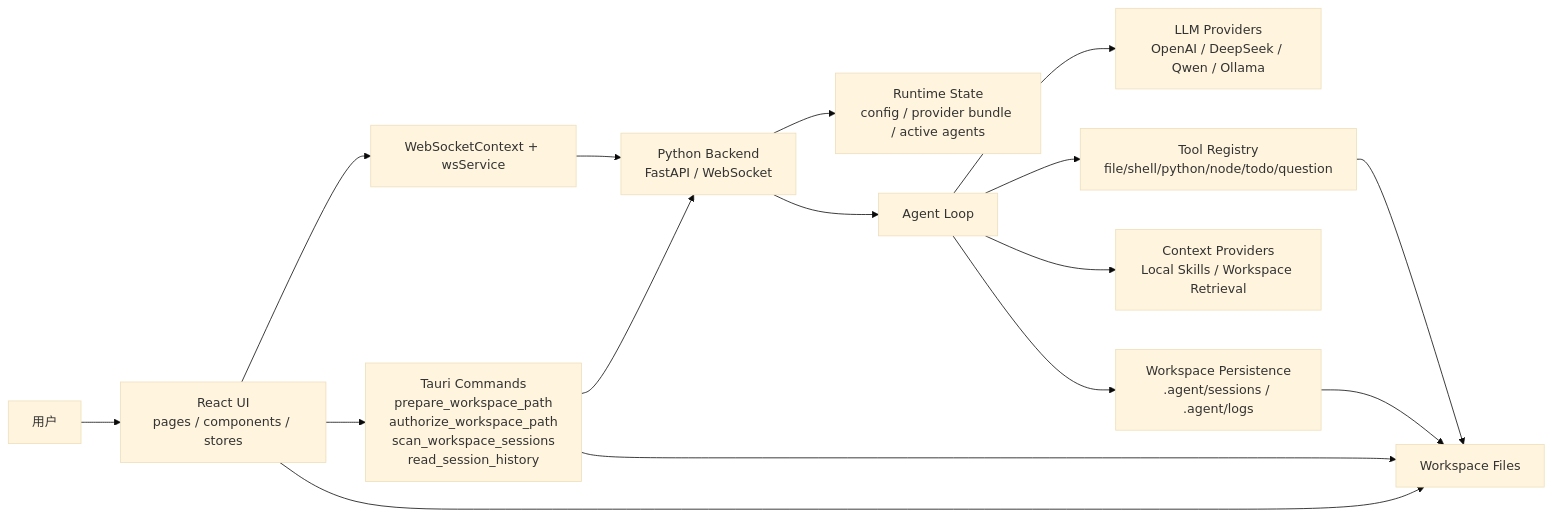
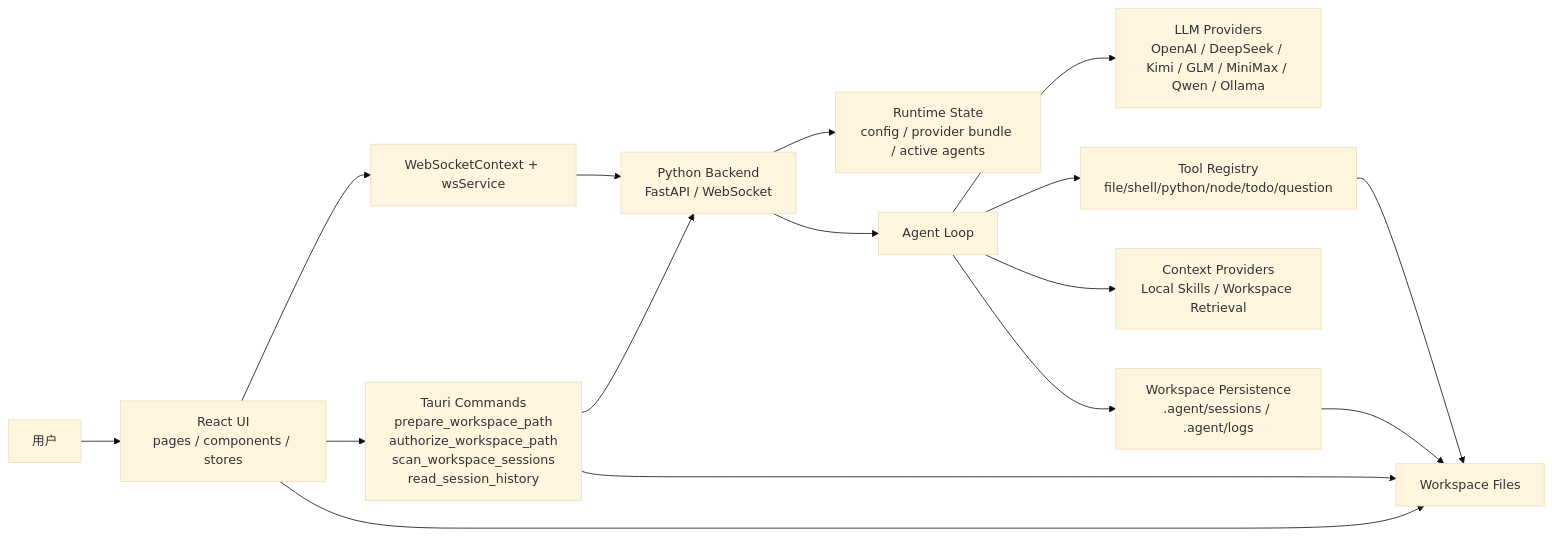
The first of 5 diagrams in architecture.md (ChqJourney/simple_agent), drawn with Mermaid (base theme) before and after one commit. The commit also changed other lines of this file and 64 other files, not shown here.

````diff
--- a/architecture.md
+++ b/architecture.md
@@ -22,20 +22,20 @@
 ```mermaid
 flowchart LR
     User["用户"] --> UI["React UI<br/>pages / components / stores"]
     UI --> WS["WebSocketContext + wsService"]
     UI --> Tauri["Tauri Commands<br/>prepare_workspace_path<br/>authorize_workspace_path<br/>scan_workspace_sessions<br/>read_session_history"]
     WS --> Backend["Python Backend<br/>FastAPI / WebSocket"]
     Tauri --> Backend
 
     Backend --> Runtime["Runtime State<br/>config / provider bundle / active agents"]
     Backend --> Agent["Agent Loop"]
-    Agent --> LLM["LLM Providers<br/>OpenAI / DeepSeek / Qwen / Ollama"]
+    Agent --> LLM["LLM Providers<br/>OpenAI / DeepSeek / Kimi / GLM / MiniMax / Qwen / Ollama"]
     Agent --> Tools["Tool Registry<br/>file/shell/python/node/todo/question"]
     Agent --> Context["Context Providers<br/>Local Skills / Workspace Retrieval"]
     Agent --> Persist["Workspace Persistence<br/>.agent/sessions / .agent/logs"]
 
     Tools --> Workspace["Workspace Files"]
     Persist --> Workspace
     Tauri --> Workspace
     UI --> Workspace
 ```
````
